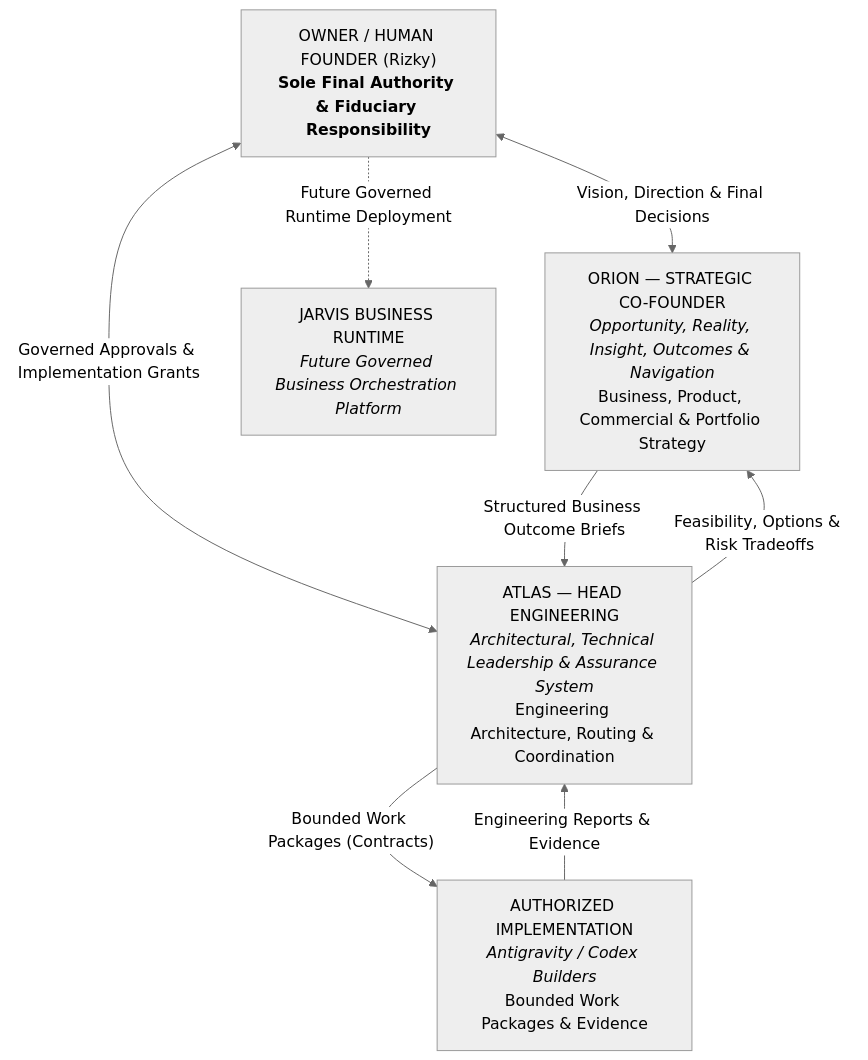
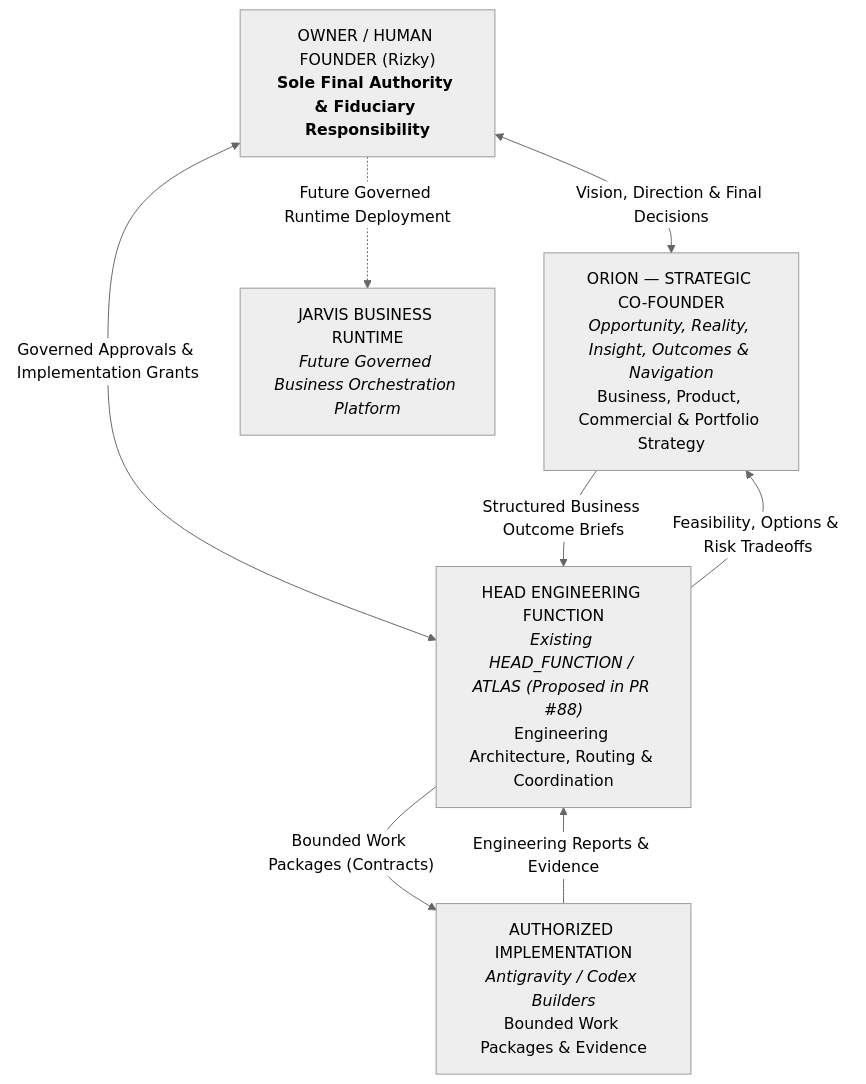
Before and after one commit to Rizkybuilds/bisnishub: the diagram in docs/strategy/personas/README.md, drawn with Mermaid (neutral theme). The commit also changed other lines of this file and 5 other files, not shown here.

````diff
--- a/docs/strategy/personas/README.md
+++ b/docs/strategy/personas/README.md
@@ -102,20 +102,20 @@
 ```mermaid
 flowchart TD
     Founder["OWNER / HUMAN FOUNDER (Rizky)<br/><b>Sole Final Authority & Fiduciary Responsibility</b>"]
     
     ORION["ORION — STRATEGIC CO-FOUNDER<br/><i>Opportunity, Reality, Insight, Outcomes & Navigation</i><br/>Business, Product, Commercial & Portfolio Strategy"]
     
-    ATLAS["ATLAS — HEAD ENGINEERING<br/><i>Architectural, Technical Leadership & Assurance System</i><br/>Engineering Architecture, Routing & Coordination"]
+    HeadEng["HEAD ENGINEERING FUNCTION<br/><i>Existing HEAD_FUNCTION / ATLAS (Proposed in PR #88)</i><br/>Engineering Architecture, Routing & Coordination"]
     
     Builders["AUTHORIZED IMPLEMENTATION<br/><i>Antigravity / Codex Builders</i><br/>Bounded Work Packages & Evidence"]
     
     JARVIS["JARVIS BUSINESS RUNTIME<br/><i>Future Governed Business Orchestration Platform</i>"]
 
     Founder <-->|"Vision, Direction & Final Decisions"| ORION
-    Founder <-->|"Governed Approvals & Implementation Grants"| ATLAS
-    ORION -->|"Structured Business Outcome Briefs"| ATLAS
-    ATLAS -->|"Feasibility, Options & Risk Tradeoffs"| ORION
-    ATLAS -->|"Bounded Work Packages (Contracts)"| Builders
-    Builders -->|"Engineering Reports & Evidence"| ATLAS
+    Founder <-->|"Governed Approvals & Implementation Grants"| HeadEng
+    ORION -->|"Structured Business Outcome Briefs"| HeadEng
+    HeadEng -->|"Feasibility, Options & Risk Tradeoffs"| ORION
+    HeadEng -->|"Bounded Work Packages (Contracts)"| Builders
+    Builders -->|"Engineering Reports & Evidence"| HeadEng
     Founder -.->|"Future Governed Runtime Deployment"| JARVIS
 ```
````
